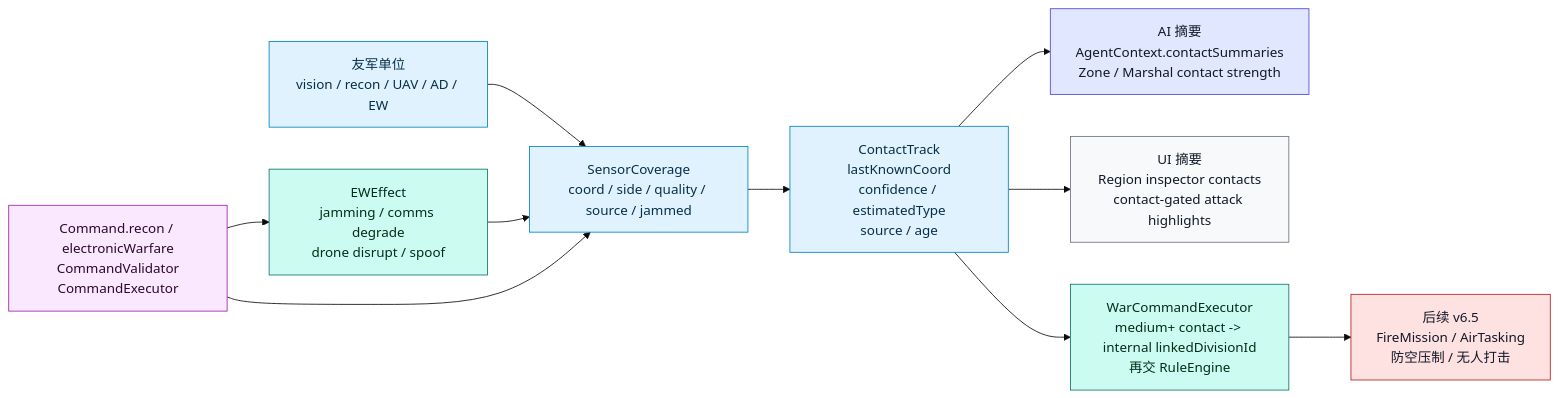
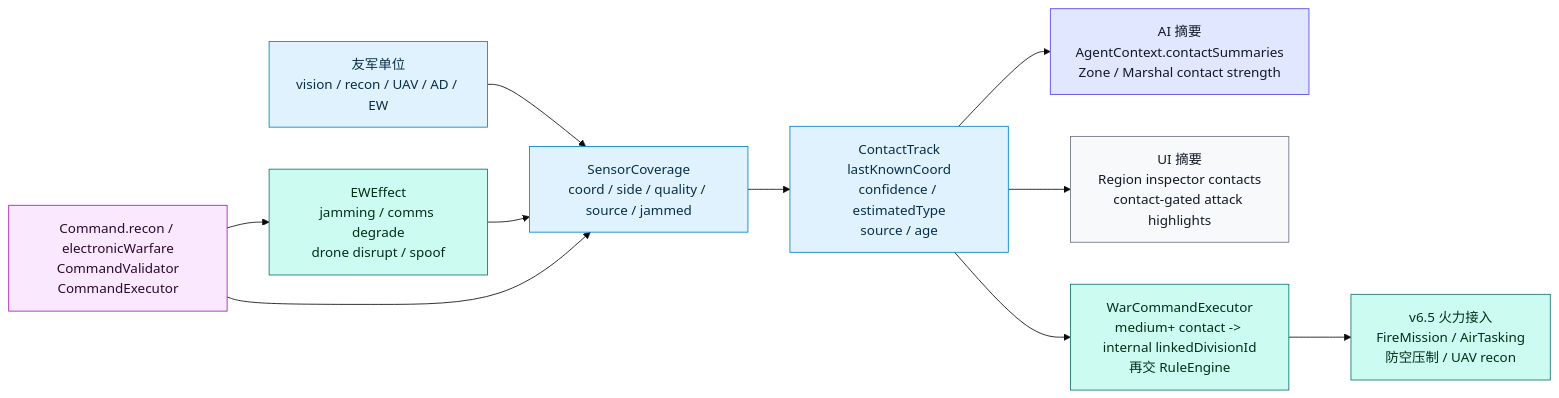
One commit to Altman-sam114/127 changed the sixth of 15 diagrams in md/flow/flowchart.md. Above: the diagram before and after it, drawn with Mermaid (base theme). The commit also changed other lines of this file and 17 other files, not shown here.

````diff
--- a/md/flow/flowchart.md
+++ b/md/flow/flowchart.md
@@ -170,28 +170,28 @@
 ```mermaid
 flowchart LR
     UNITS["友军单位<br/>vision / recon / UAV / AD / EW"]:::state
     SENSOR["SensorCoverage<br/>coord / side / quality / source / jammed"]:::state
     EW["EWEffect<br/>jamming / comms degrade<br/>drone disrupt / spoof"]:::rules
     CONTACT["ContactTrack<br/>lastKnownCoord<br/>confidence / estimatedType<br/>source / age"]:::state
     CMD["Command.recon / electronicWarfare<br/>CommandValidator<br/>CommandExecutor"]:::command
     AI["AI 摘要<br/>AgentContext.contactSummaries<br/>Zone / Marshal contact strength"]:::agent
     UI["UI 摘要<br/>Region inspector contacts<br/>contact-gated attack highlights"]:::display
     EXEC["WarCommandExecutor<br/>medium+ contact -> internal linkedDivisionId<br/>再交 RuleEngine"]:::rules
-    TODO["后续 v6.5<br/>FireMission / AirTasking<br/>防空压制 / 无人打击"]:::risk
+    FIRES["v6.5 火力接入<br/>FireMission / AirTasking<br/>防空压制 / UAV recon"]:::rules
 
     UNITS --> SENSOR --> CONTACT
     EW --> SENSOR
     CMD --> SENSOR
     CMD --> EW
     CONTACT --> AI
     CONTACT --> UI
     CONTACT --> EXEC
-    EXEC --> TODO
+    EXEC --> FIRES
 
     classDef state fill:#e0f2fe,stroke:#0284c7,color:#082f49
     classDef rules fill:#ccfbf1,stroke:#0f766e,color:#052e16
     classDef command fill:#fae8ff,stroke:#a21caf,color:#2a0a2f
     classDef agent fill:#e0e7ff,stroke:#4f46e5,color:#111827
     classDef display fill:#f8f9fb,stroke:#6b7280,color:#111827
     classDef risk fill:#fee2e2,stroke:#b91c1c,color:#111827
 ```
````
